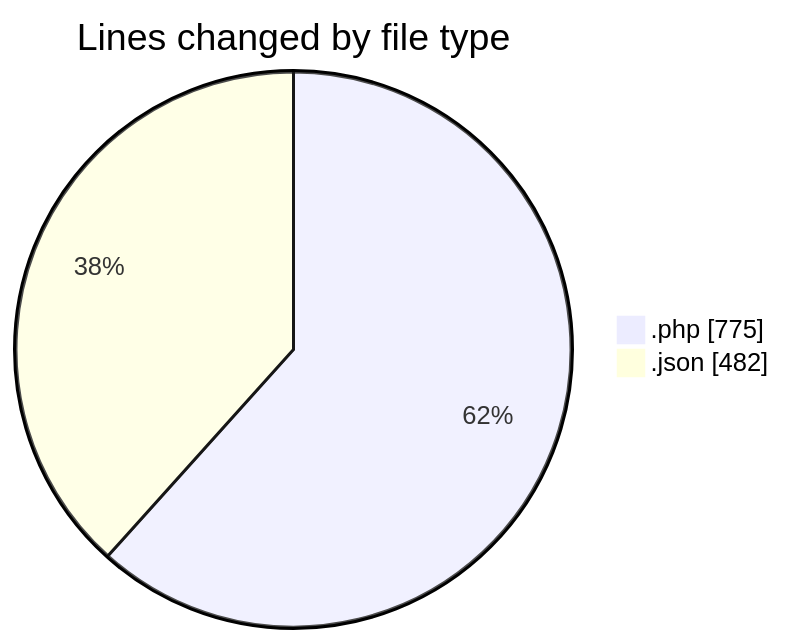
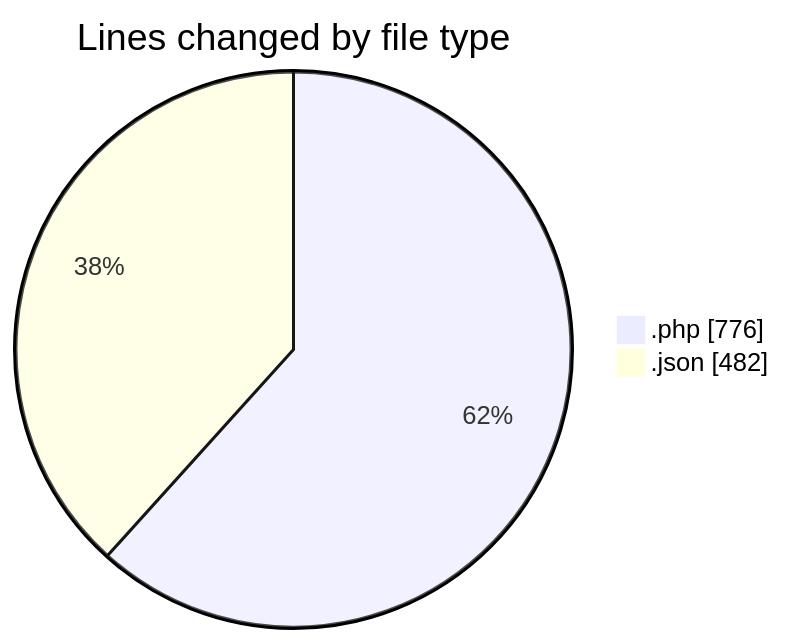
The first of 2 diagrams in 2025-03-30/autodidak/README.md (idhammustaqopulfikri/code-tracking), drawn with Mermaid before and after one commit. The commit also changed other lines of this file and 1 other file, not shown here.

````diff
--- a/2025-03-30/autodidak/README.md
+++ b/2025-03-30/autodidak/README.md
@@ -28,6 +28,6 @@
 ```mermaid
 pie showData
 title Lines changed by file type
-".php" : 775
+".php" : 776
 ".json" : 482
 ```
````
